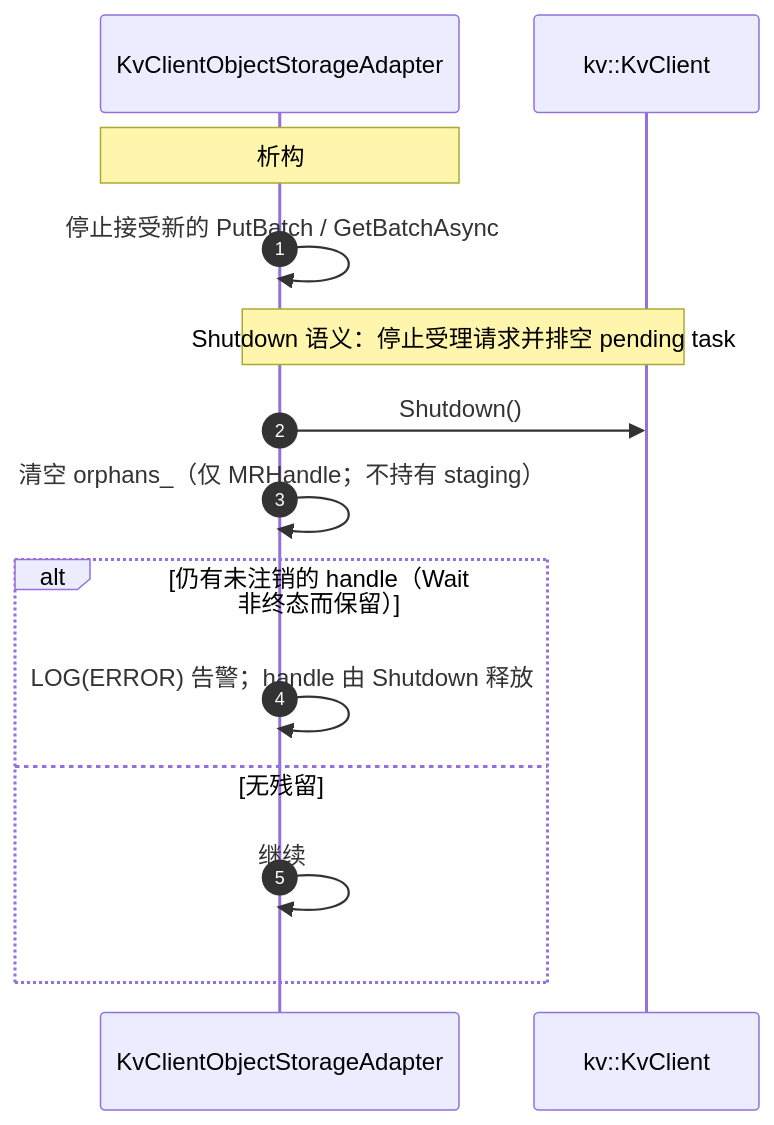
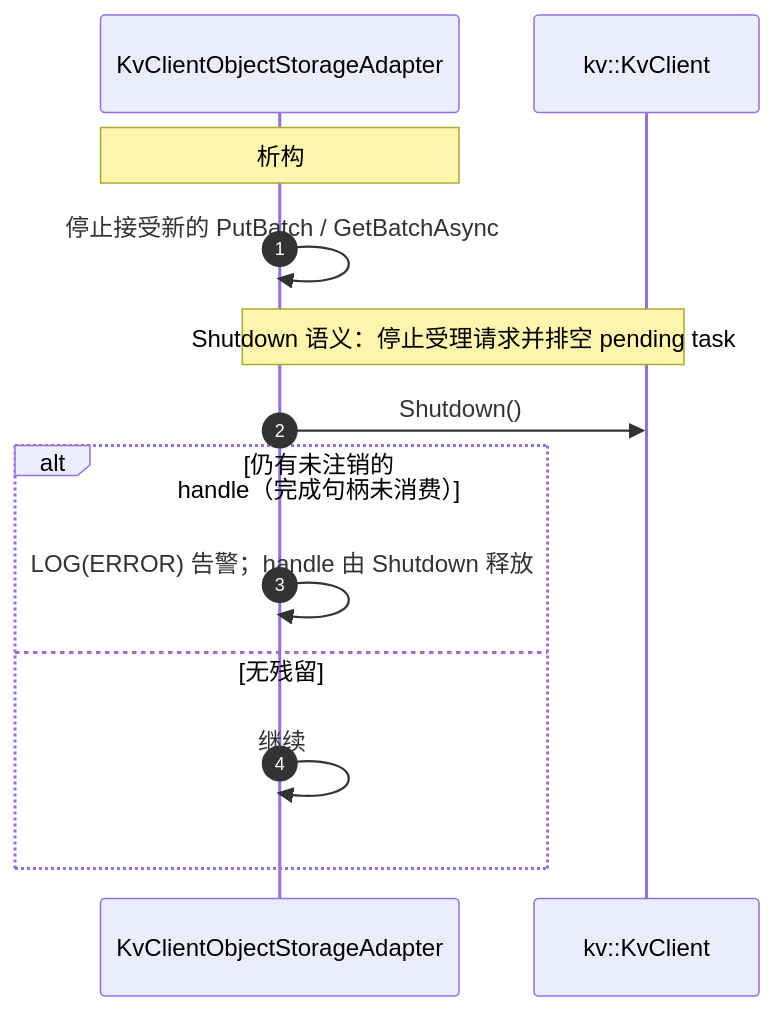
Diagram 13 of 13 in Mooncake + KVClient L3 接入（Kvcs）- v3.md (zwj20000328-dotcom/Mooncake-documents), drawn with Mermaid before and after one commit. The commit also changed other lines of this file and 2 other files, not shown here.

````diff
--- a/Mooncake + KVClient L3 接入（Kvcs）- v3.md
+++ b/Mooncake + KVClient L3 接入（Kvcs）- v3.md
@@ -770,17 +768,16 @@
 ```mermaid
 sequenceDiagram
     autonumber
     participant AD as KvClientObjectStorageAdapter
     participant SDK as kv::KvClient
 
     Note over AD: 析构
     AD->>AD: 停止接受新的 PutBatch / GetBatchAsync
     Note over AD,SDK: Shutdown 语义：停止受理请求并排空 pending task
     AD->>SDK: Shutdown()
-    AD->>AD: 清空 orphans_（仅 MRHandle；不持有 staging）
-    alt 仍有未注销的 handle（Wait 非终态而保留）
+    alt 仍有未注销的 handle（完成句柄未消费）
         AD->>AD: LOG(ERROR) 告警；handle 由 Shutdown 释放
     else 无残留
         AD->>AD: 继续
     end
 ```
````
